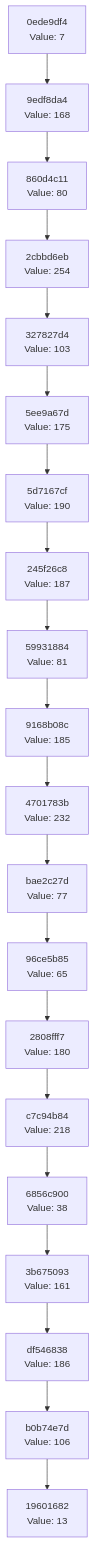
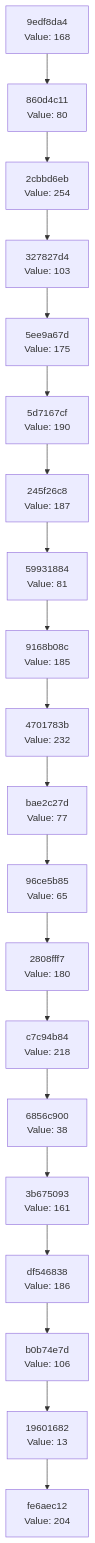
The diagram in docs/CHAIN_VISUALIZATION.md (Abhisheksinha1506/hash-chain-evolver), drawn with Mermaid before and after one commit. The commit also changed 3 other files, not shown here.

````diff
--- a/docs/CHAIN_VISUALIZATION.md
+++ b/docs/CHAIN_VISUALIZATION.md
@@ -3,42 +3,42 @@
 ```mermaid
 graph TD
-    C0["19601682<br/>Value: 13"]
-    C1["b0b74e7d<br/>Value: 106"]
+    C0["fe6aec12<br/>Value: 204"]
+    C1["19601682<br/>Value: 13"]
     C1 --> C0
-    C2["df546838<br/>Value: 186"]
+    C2["b0b74e7d<br/>Value: 106"]
     C2 --> C1
-    C3["3b675093<br/>Value: 161"]
+    C3["df546838<br/>Value: 186"]
     C3 --> C2
-    C4["6856c900<br/>Value: 38"]
+    C4["3b675093<br/>Value: 161"]
     C4 --> C3
-    C5["c7c94b84<br/>Value: 218"]
+    C5["6856c900<br/>Value: 38"]
     C5 --> C4
-    C6["2808fff7<br/>Value: 180"]
+    C6["c7c94b84<br/>Value: 218"]
     C6 --> C5
-    C7["96ce5b85<br/>Value: 65"]
+    C7["2808fff7<br/>Value: 180"]
     C7 --> C6
-    C8["bae2c27d<br/>Value: 77"]
+    C8["96ce5b85<br/>Value: 65"]
     C8 --> C7
-    C9["4701783b<br/>Value: 232"]
+    C9["bae2c27d<br/>Value: 77"]
     C9 --> C8
-    C10["9168b08c<br/>Value: 185"]
+    C10["4701783b<br/>Value: 232"]
     C10 --> C9
-    C11["59931884<br/>Value: 81"]
+    C11["9168b08c<br/>Value: 185"]
     C11 --> C10
-    C12["245f26c8<br/>Value: 187"]
+    C12["59931884<br/>Value: 81"]
     C12 --> C11
-    C13["5d7167cf<br/>Value: 190"]
+    C13["245f26c8<br/>Value: 187"]
     C13 --> C12
-    C14["5ee9a67d<br/>Value: 175"]
+    C14["5d7167cf<br/>Value: 190"]
     C14 --> C13
-    C15["327827d4<br/>Value: 103"]
+    C15["5ee9a67d<br/>Value: 175"]
     C15 --> C14
-    C16["2cbbd6eb<br/>Value: 254"]
+    C16["327827d4<br/>Value: 103"]
     C16 --> C15
-    C17["860d4c11<br/>Value: 80"]
+    C17["2cbbd6eb<br/>Value: 254"]
     C17 --> C16
-    C18["9edf8da4<br/>Value: 168"]
+    C18["860d4c11<br/>Value: 80"]
     C18 --> C17
-    C19["0ede9df4<br/>Value: 7"]
+    C19["9edf8da4<br/>Value: 168"]
     C19 --> C18
 ```
````
